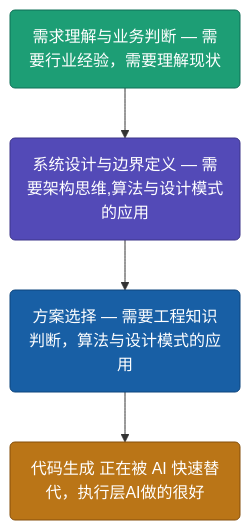
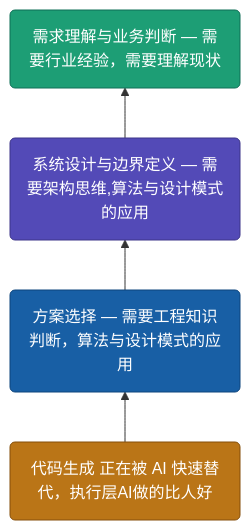
One commit to microwind/ai-skills changed the third of 11 diagrams in docs/carrer/ai-era-programmer-transformation-roadmap.md. Above: the diagram before and after it, drawn with Mermaid. The commit also changed other lines of this file, not shown here.

````diff
--- a/docs/carrer/ai-era-programmer-transformation-roadmap.md
+++ b/docs/carrer/ai-era-programmer-transformation-roadmap.md
@@ -76,14 +79,14 @@
 ```mermaid
-flowchart TB
-    A("代码生成 正在被 AI 快速替代，执行层AI做的很好")
+flowchart BT
+    A("代码生成 正在被 AI 快速替代，执行层AI做的比人好")
     B("方案选择 — 需要工程知识判断，算法与设计模式的应用")
     C("系统设计与边界定义 — 需要架构思维,算法与设计模式的应用")
     D("需求理解与业务判断 — 需要行业经验，需要理解现状")
 
-    D --> C --> B --> A
+    A --> B --> C --> D
 
     style A fill:#BA7517,stroke:#854F0B,color:#ffffff
     style B fill:#185FA5,stroke:#0C447C,color:#ffffff
     style C fill:#534AB7,stroke:#3C3489,color:#ffffff
     style D fill:#1D9E75,stroke:#0F6E56,color:#ffffff
 ```
````
